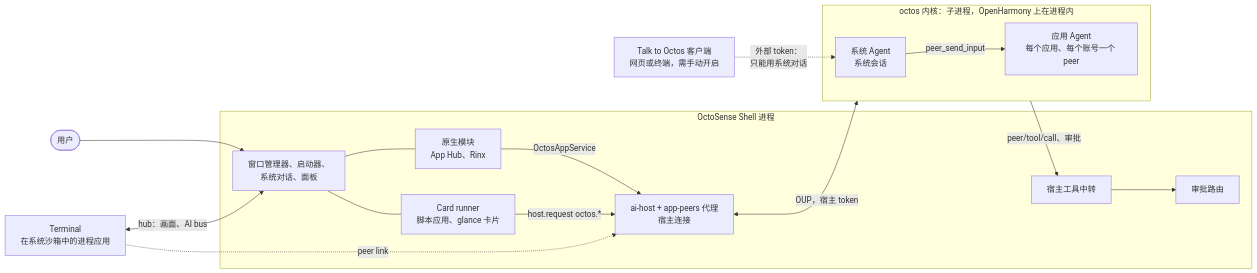
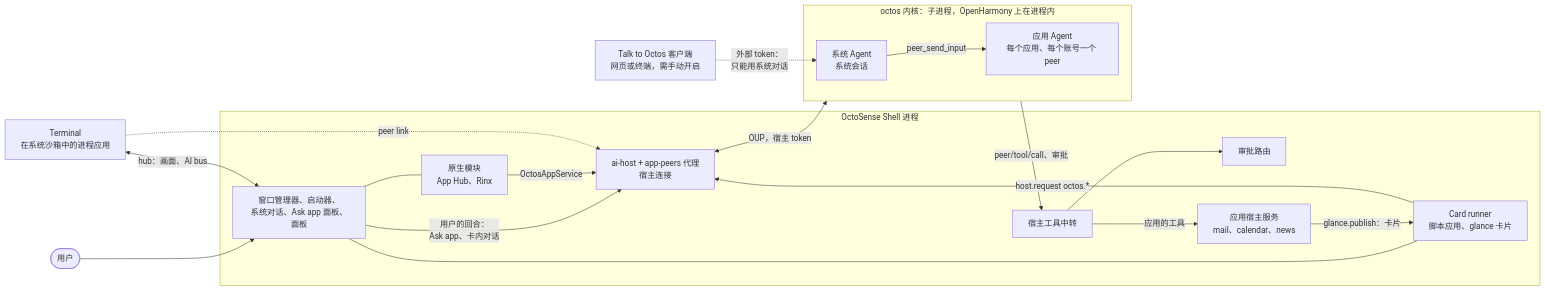
Before and after one commit to OctoSense-org/OctoSense: the first of 4 diagrams in README.zh-CN.md, drawn with Mermaid. The commit also changed other lines of this file and 5 other files, not shown here.

First line of the commit message:
docs: redraw the README's architecture drawings (gpt-image-2)

````diff
--- a/README.zh-CN.md
+++ b/README.zh-CN.md
@@ -27,30 +27,34 @@
 ```mermaid
 flowchart LR
   person(["用户"])
   ext["Talk to Octos 客户端<br/>网页或终端，需手动开启"]
   subgraph shellp["OctoSense Shell 进程"]
-    ui["窗口管理器、启动器、<br/>系统对话、面板"]
+    ui["窗口管理器、启动器、<br/>系统对话、Ask app 面板、面板"]
     mods["原生模块<br/>App Hub、Rinx"]
     runner["Card runner<br/>脚本应用、glance 卡片"]
     aihost["ai-host + app-peers 代理<br/>宿主连接"]
     relay["宿主工具中转"]
     router["审批路由"]
+    svc["应用宿主服务<br/>mail、calendar、news"]
   end
   term["Terminal<br/>在系统沙箱中的进程应用"]
   subgraph kern["octos 内核：子进程，OpenHarmony 上在进程内"]
     sys["系统 Agent<br/>系统会话"]
     peers["应用 Agent<br/>每个应用、每个账号一个 peer"]
   end
   person --> ui
   ui --- mods
   ui --- runner
+  ui -->|"用户的回合：<br/>Ask app、卡内对话"| aihost
   mods -->|"OctosAppService"| aihost
   runner -->|"host.request octos.*"| aihost
   term <-->|"hub：画面、AI bus"| ui
   term -.->|"peer link"| aihost
   aihost <-->|"OUP，宿主 token"| kern
   sys -->|"peer_send_input"| peers
   kern -->|"peer/tool/call、审批"| relay
   relay --> router
+  relay -->|"应用的工具"| svc
+  svc -->|"glance.publish：卡片"| runner
   ext -.->|"外部 token：<br/>只能用系统对话"| sys
 ```
````
